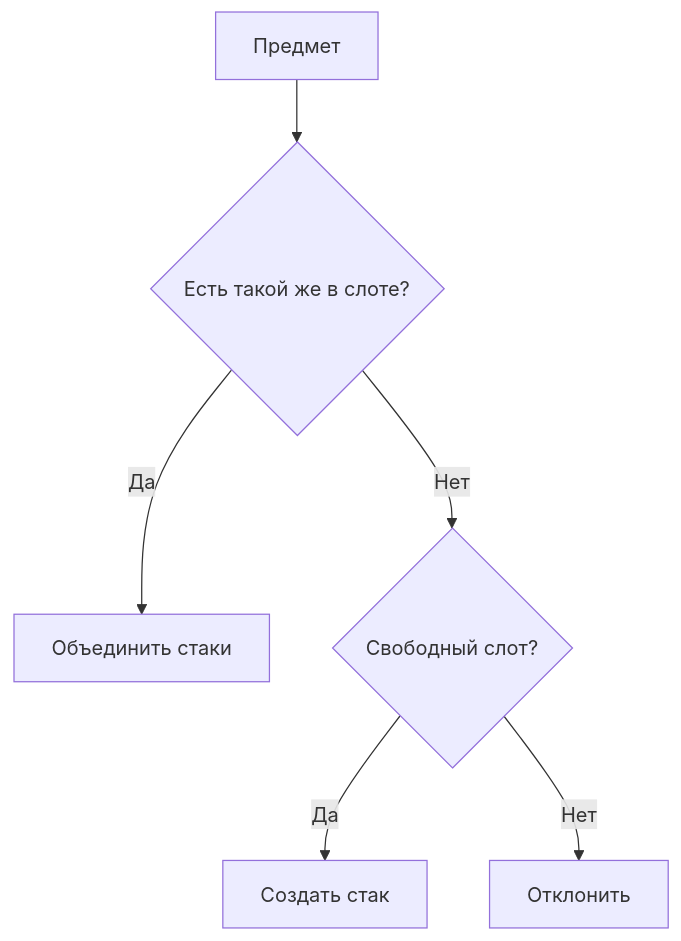
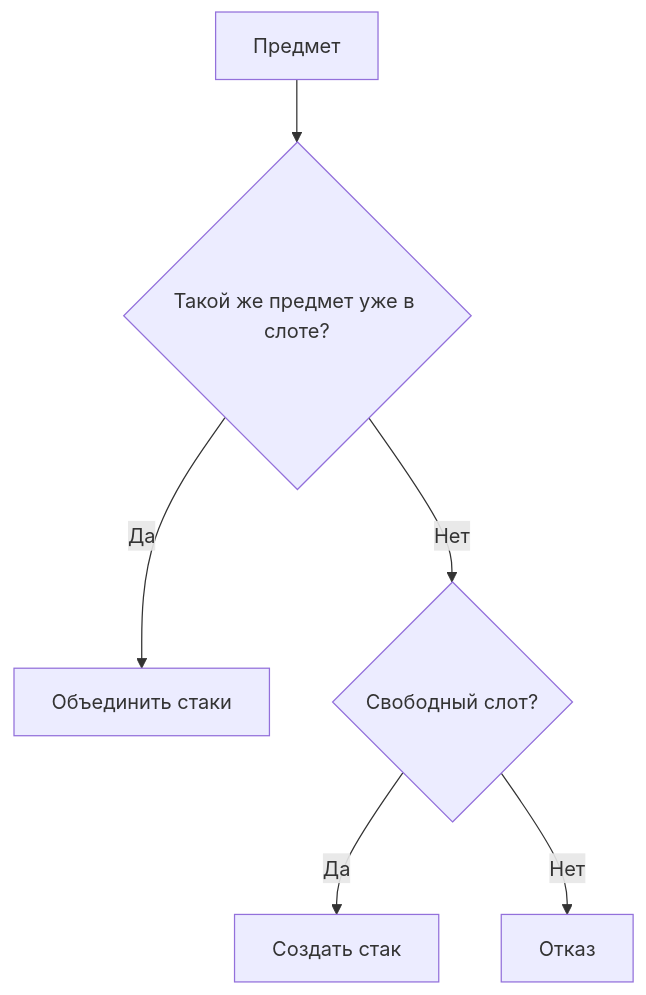
One commit to SergeevSergey99/DragAndDropSystem-Docs changed the third of 4 diagrams in .docs/content/architecture/strategies.ru.md. Above: the diagram before and after it, drawn with Mermaid. The commit also changed other lines of this file and 15 other files, not shown here.

````diff
--- a/.docs/content/architecture/strategies.ru.md
+++ b/.docs/content/architecture/strategies.ru.md
@@ -52,8 +61,8 @@
 ```mermaid
 flowchart TD
-    A["Предмет"] --> B{"Есть такой же в слоте?"}
+    A["Предмет"] --> B{"Такой же предмет уже в слоте?"}
     B -->|Да| C["Объединить стаки"]
     B -->|Нет| D{"Свободный слот?"}
     D -->|Да| E["Создать стак"]
-    D -->|Нет| F["Отклонить"]
+    D -->|Нет| F["Отказ"]
 ```
````
